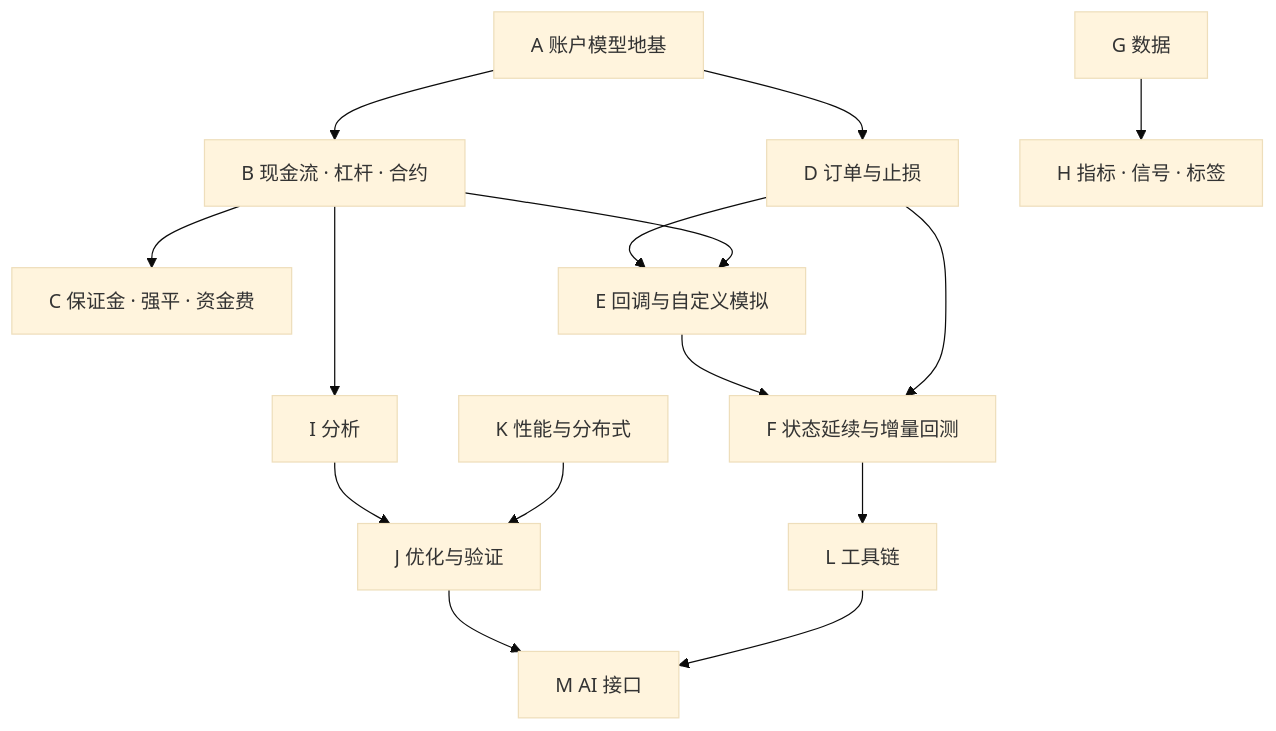
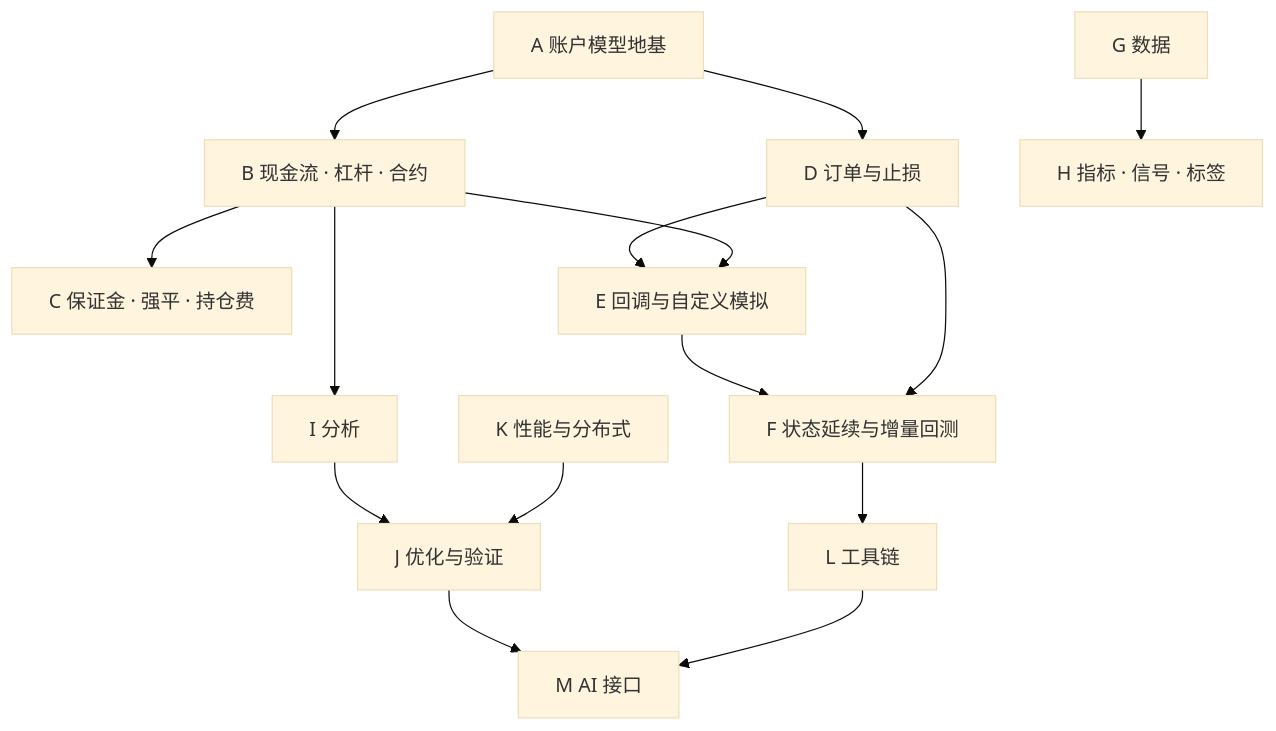
One commit to nivalume/phasor changed the diagram in docs/plan.md. Above: the diagram before and after it, drawn with Mermaid (base theme). The commit also changed other lines of this file and 28 other files, not shown here.

````diff
--- a/docs/plan.md
+++ b/docs/plan.md
@@ -505,17 +527,17 @@
 ```mermaid
 flowchart TD
   A["A 账户模型地基"] --> B["B 现金流 · 杠杆 · 合约"]
-  B --> C["C 保证金 · 强平 · 资金费"]
+  B --> C["C 保证金 · 强平 · 持仓费"]
   A --> D["D 订单与止损"]
   D --> E["E 回调与自定义模拟"]
   B --> E
   E --> F["F 状态延续与增量回测"]
   D --> F
   G["G 数据"] --> H["H 指标 · 信号 · 标签"]
   B --> I["I 分析"]
   I --> J["J 优化与验证"]
   K["K 性能与分布式"] --> J
   F --> L["L 工具链"]
   J --> M["M AI 接口"]
   L --> M
 ```
````
